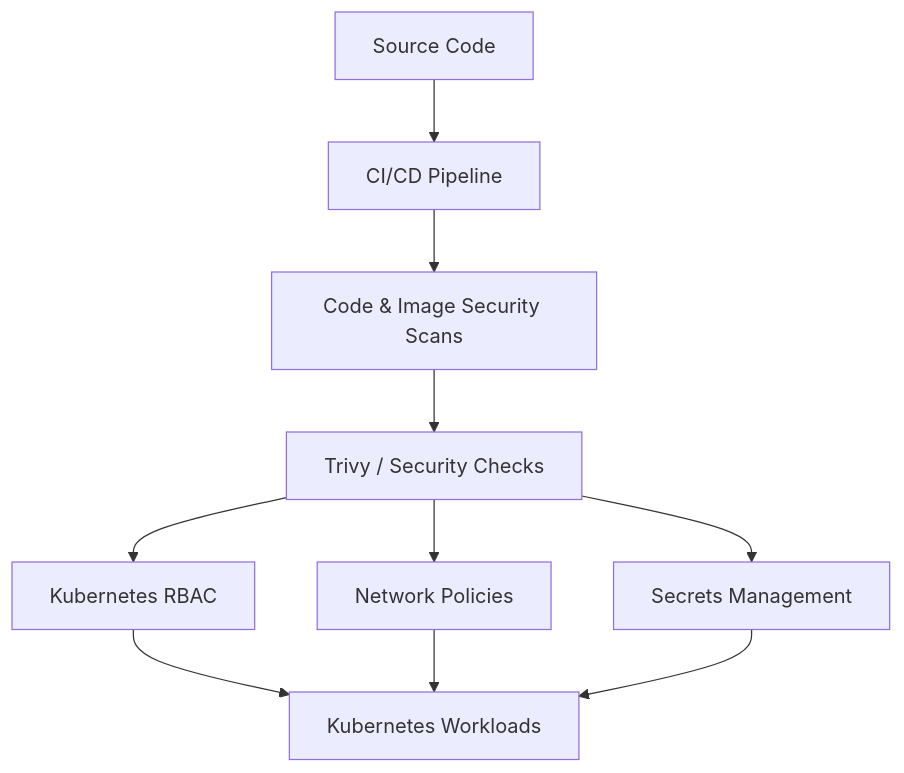
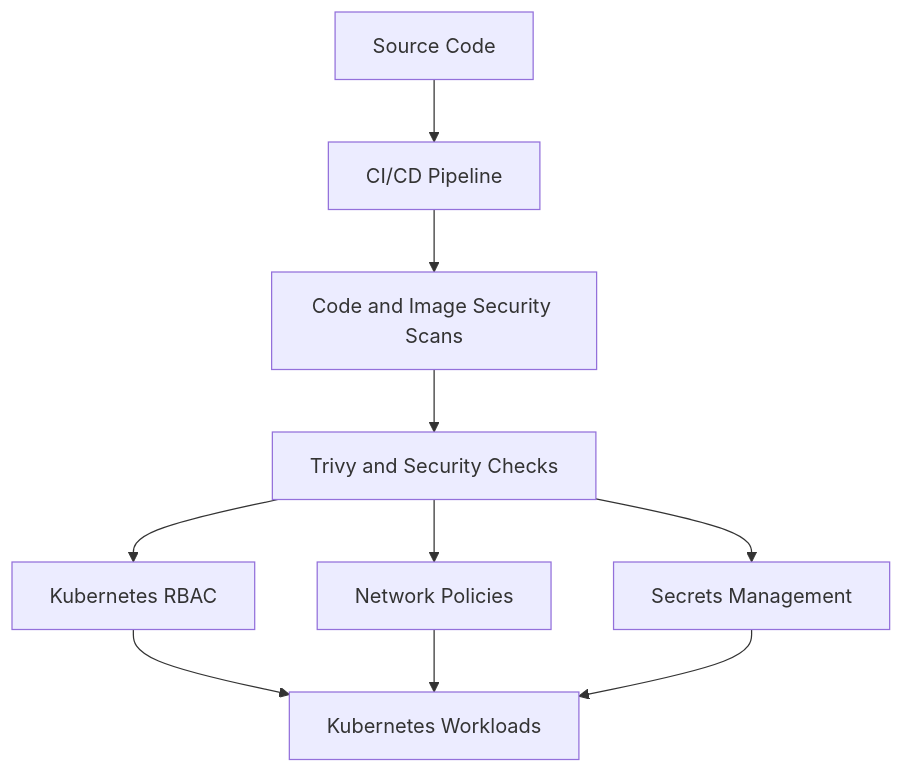
Before and after one commit to manesaurabh1704-devops/manesaurabh1704-devops: the sixth of 8 diagrams in README.md, drawn with Mermaid. The commit also changed other lines of this file, not shown here.

````diff
--- a/README.md
+++ b/README.md
@@ -524,12 +461,12 @@
 ```mermaid
 flowchart TD
     A["Source Code"] --> B["CI/CD Pipeline"]
-    B --> C["Code & Image Security Scans"]
-    C --> D["Trivy / Security Checks"]
+    B --> C["Code and Image Security Scans"]
+    C --> D["Trivy and Security Checks"]
     D --> E["Kubernetes RBAC"]
     D --> F["Network Policies"]
     D --> G["Secrets Management"]
     E --> H["Kubernetes Workloads"]
     F --> H
     G --> H
 ```
````
